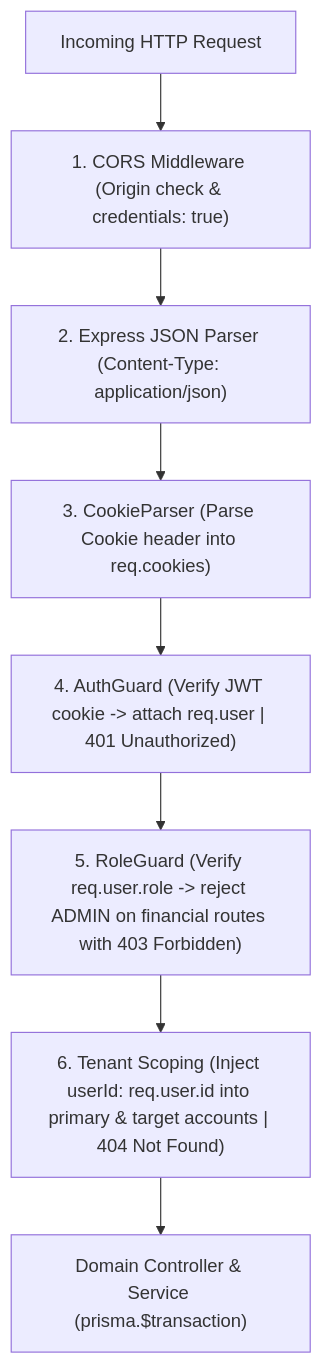
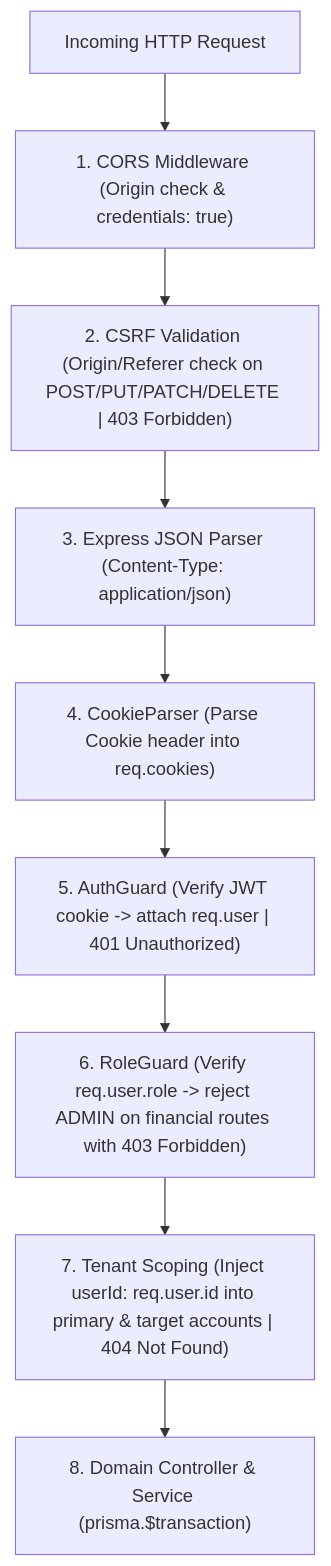
The fourth of 4 diagrams in docs/system-sds.md (Pilaiwan3492/Whatsss-PMandELS), drawn with Mermaid before and after one commit. The commit also changed other lines of this file and 3 other files, not shown here.

````diff
--- a/docs/system-sds.md
+++ b/docs/system-sds.md
@@ -313,10 +318,11 @@
    ```mermaid
    flowchart TD
        Req["Incoming HTTP Request"] --> M1["1. CORS Middleware (Origin check & credentials: true)"]
-       M1 --> M2["2. Express JSON Parser (Content-Type: application/json)"]
-       M2 --> M3["3. CookieParser (Parse Cookie header into req.cookies)"]
-       M3 --> M4["4. AuthGuard (Verify JWT cookie -> attach req.user | 401 Unauthorized)"]
-       M4 --> M5["5. RoleGuard (Verify req.user.role -> reject ADMIN on financial routes with 403 Forbidden)"]
-       M5 --> M6["6. Tenant Scoping (Inject userId: req.user.id into primary & target accounts | 404 Not Found)"]
-       M6 --> Handler["Domain Controller & Service (prisma.$transaction)"]
+       M1 --> M2["2. CSRF Validation (Origin/Referer check on POST/PUT/PATCH/DELETE | 403 Forbidden)"]
+       M2 --> M3["3. Express JSON Parser (Content-Type: application/json)"]
+       M3 --> M4["4. CookieParser (Parse Cookie header into req.cookies)"]
+       M4 --> M5["5. AuthGuard (Verify JWT cookie -> attach req.user | 401 Unauthorized)"]
+       M5 --> M6["6. RoleGuard (Verify req.user.role -> reject ADMIN on financial routes with 403 Forbidden)"]
+       M6 --> M7["7. Tenant Scoping (Inject userId: req.user.id into primary & target accounts | 404 Not Found)"]
+       M7 --> Handler["8. Domain Controller & Service (prisma.$transaction)"]
    ```
````
